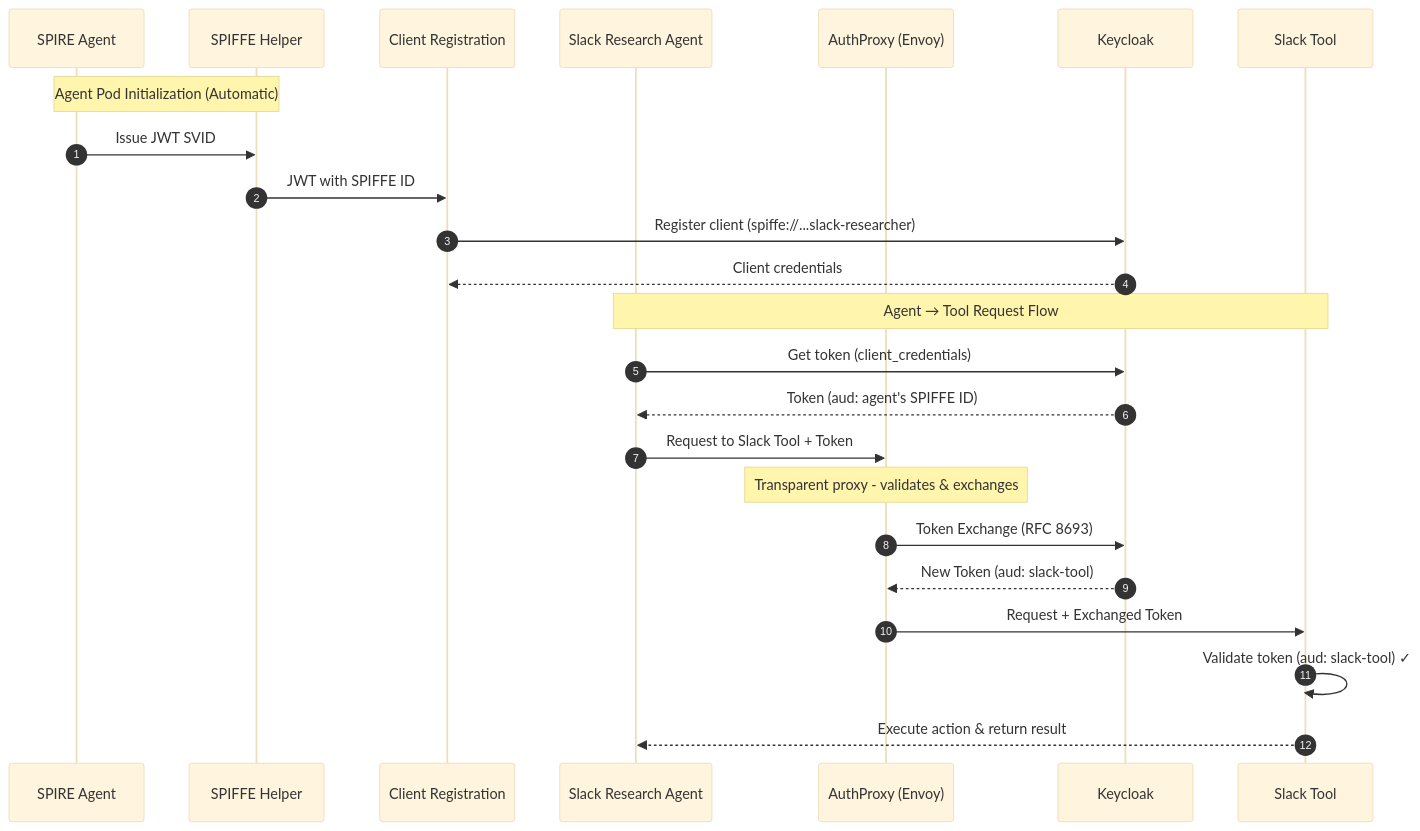
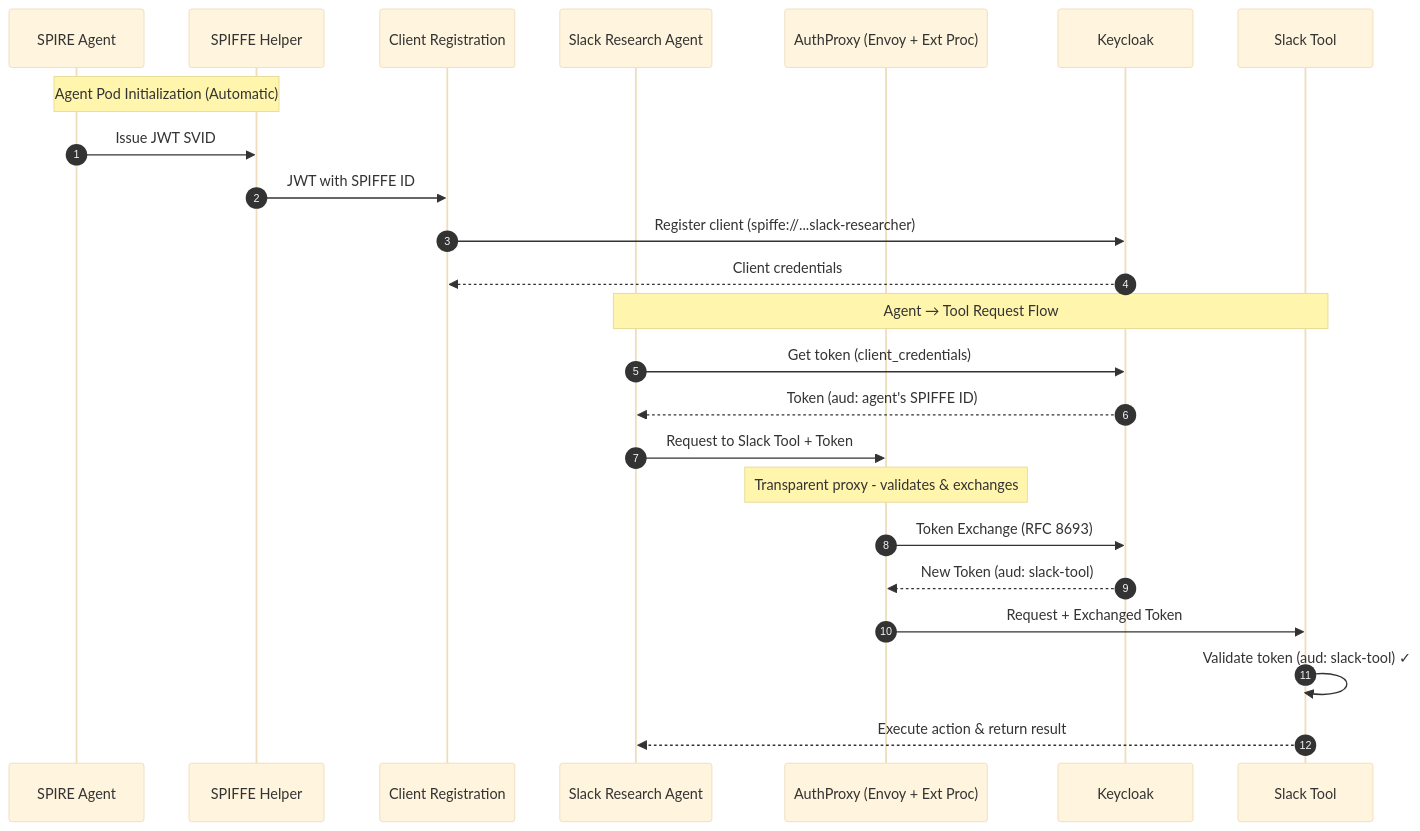
The fourth of 10 diagrams in AuthBridge/BLOG-agentic.md (mrsabath/kagenti-extensions), drawn with Mermaid (base theme) before and after one commit. The commit also changed other lines of this file, not shown here.

````diff
--- a/AuthBridge/BLOG-agentic.md
+++ b/AuthBridge/BLOG-agentic.md
@@ -250,31 +253,31 @@
 ```mermaid
 sequenceDiagram
     autonumber
     participant SPIRE as SPIRE Agent
     participant Helper as SPIFFE Helper
     participant Reg as Client Registration
     participant Agent as Slack Research Agent
-    participant Proxy as AuthProxy (Envoy)
+    participant Proxy as AuthProxy (Envoy + Ext Proc)
     participant KC as Keycloak
     participant Tool as Slack Tool
 
     Note over Helper,SPIRE: Agent Pod Initialization (Automatic)
     SPIRE->>Helper: Issue JWT SVID
     Helper->>Reg: JWT with SPIFFE ID
     Reg->>KC: Register client (spiffe://...slack-researcher)
     KC-->>Reg: Client credentials
 
     Note over Agent,Tool: Agent → Tool Request Flow
     Agent->>KC: Get token (client_credentials)
     KC-->>Agent: Token (aud: agent's SPIFFE ID)
     
     Agent->>Proxy: Request to Slack Tool + Token
     Note over Proxy: Transparent proxy - validates & exchanges
     
     Proxy->>KC: Token Exchange (RFC 8693)
     KC-->>Proxy: New Token (aud: slack-tool)
     
     Proxy->>Tool: Request + Exchanged Token
     Tool->>Tool: Validate token (aud: slack-tool) ✓
     Tool-->>Agent: Execute action & return result
 ```
````
